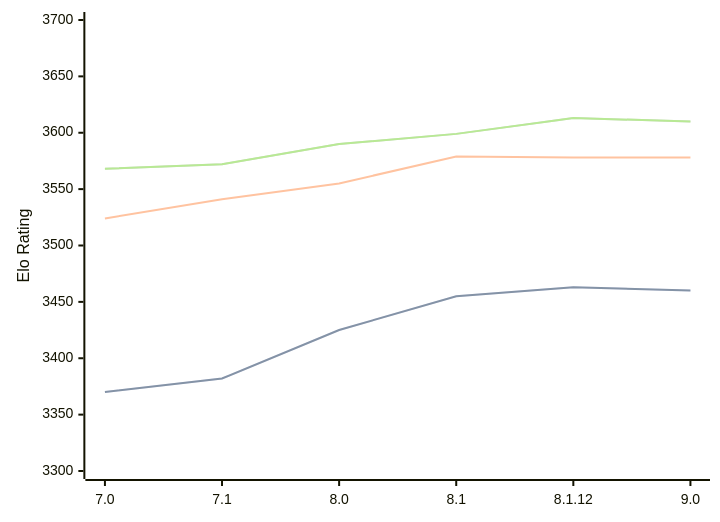
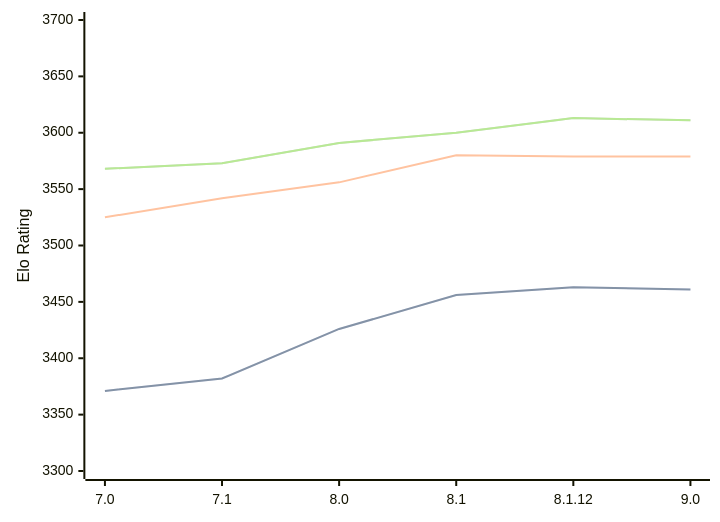
The diagram in engines/Alexandria.md (computer-chess-index/cci), drawn with Mermaid before and after one commit. The commit also changed other lines of this file, not shown here.

Commit message:
Update CCI Ratings (ELO VLTC) - 2026-04-24

````diff
--- a/engines/Alexandria.md
+++ b/engines/Alexandria.md
@@ -55,11 +55,11 @@
 ```mermaid
 %%{init: {"theme":"base","themeVariables":{"seriesColors:['#a3a3a3','#222221','#faa371']}}}%%
 xychart-beta
   x-axis ["7.0", "7.1", "8.0", "8.1", "8.1.12", "9.0"]
   y-axis "Elo Rating" 3300 --> 3700
-  line "STC (8.0+0.08s)" [3370, 3382, 3425, 3455, 3463, 3460]
-  line "STC (8.0+0.08s)" [3370, 3382, 3425, 3455, 3463, 3460]
-  line "LTC (60.0+0.60s)" [3524, 3541, 3555, 3579, 3578, 3578]
-  line "VLTC (2m24s+1.12s)" [3568, 3572, 3590, 3599, 3613, 3610]
-  line "VLTC (2m24s+1.12s)" [3568, 3572, 3590, 3599, 3613, 3610]
+  line "STC (8.0+0.08s)" [3371, 3382, 3426, 3456, 3463, 3461]
+  line "STC (8.0+0.08s)" [3371, 3382, 3426, 3456, 3463, 3461]
+  line "LTC (60.0+0.60s)" [3525, 3542, 3556, 3580, 3579, 3579]
+  line "VLTC (2m24s+1.12s)" [3568, 3573, 3591, 3600, 3613, 3611]
+  line "VLTC (2m24s+1.12s)" [3568, 3573, 3591, 3600, 3613, 3611]
 ```
````
